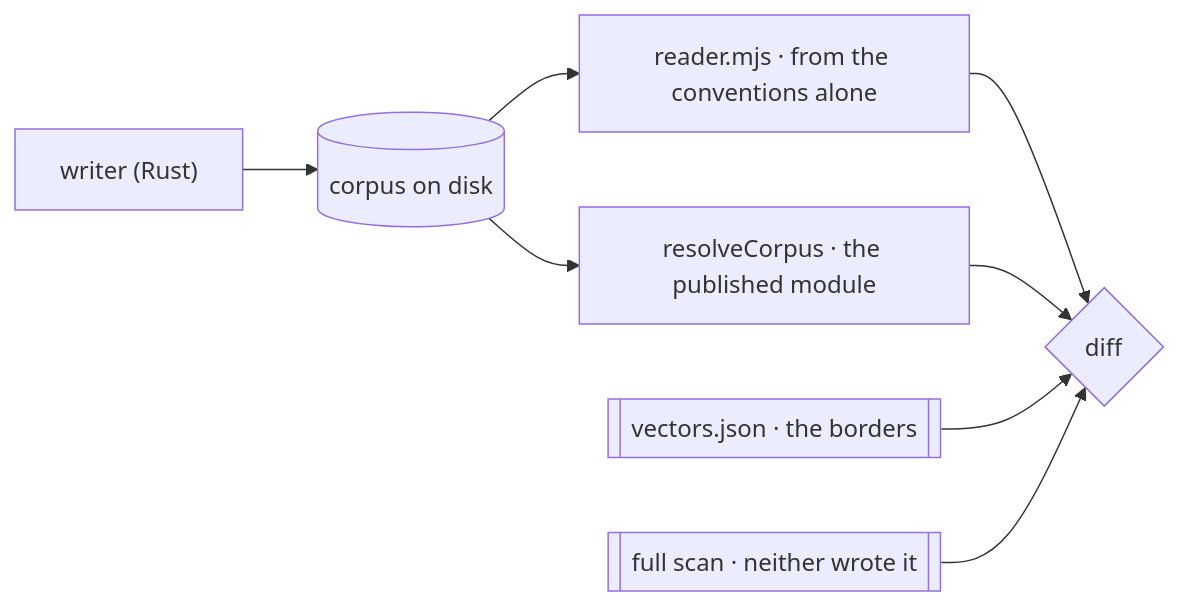
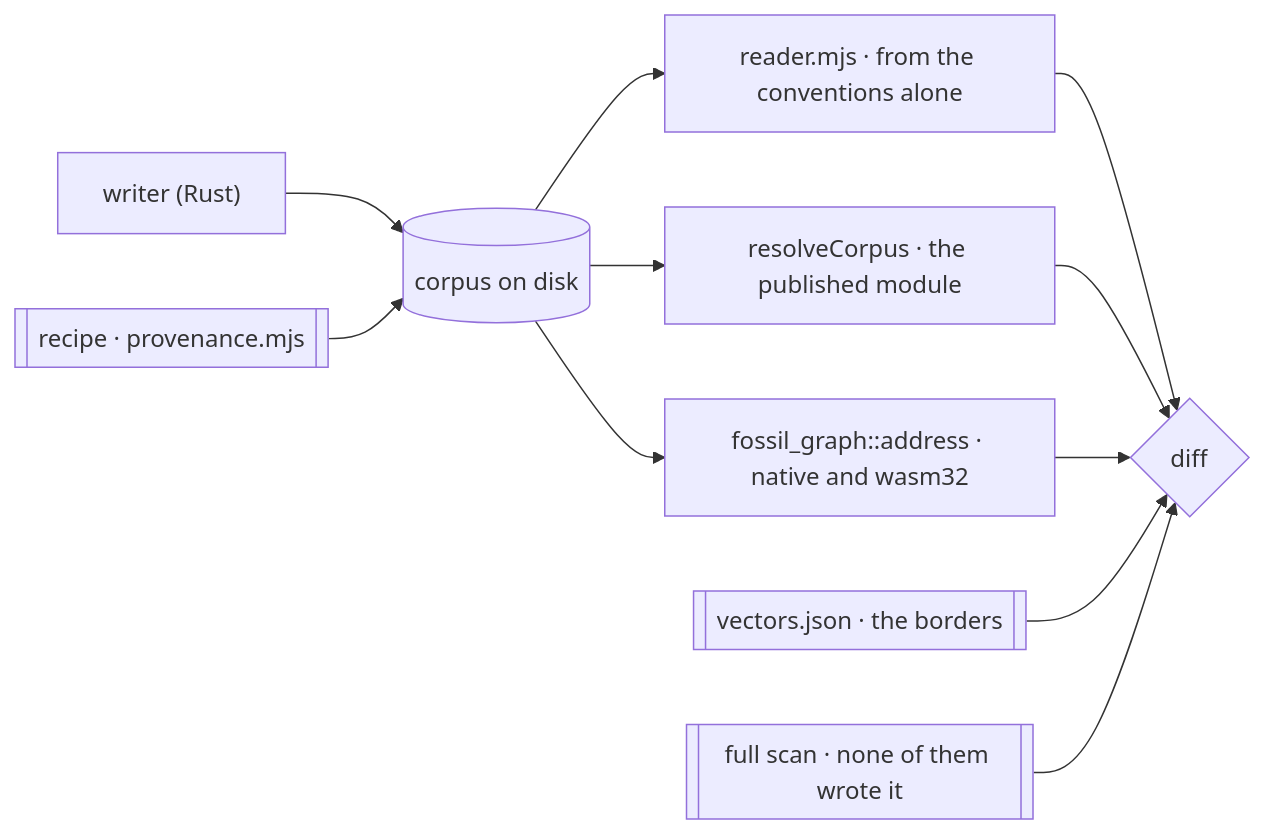
One commit to Kanzo-Tech/fossil-lang changed the second of 2 diagrams in apps/docs/content/docs/design/corpus.mdx. Above: the diagram before and after it, drawn with Mermaid. The commit also changed other lines of this file and 1 other file, not shown here.

````diff
--- a/apps/docs/content/docs/design/corpus.mdx
+++ b/apps/docs/content/docs/design/corpus.mdx
@@ -203,10 +203,13 @@
 ```mermaid
 graph LR
   W["writer (Rust)"] --> C[("corpus on disk")]
+  R[["recipe · provenance.mjs"]] --> C
   C --> JS["reader.mjs · from the conventions alone"]
   C --> TS["resolveCorpus · the published module"]
+  C --> RS["fossil_graph::address · native and wasm32"]
   JS --> D{"diff"}
   TS --> D
+  RS --> D
   V[["vectors.json · the borders"]] --> D
-  S[["full scan · neither wrote it"]] --> D
+  S[["full scan · none of them wrote it"]] --> D
 ```
````
